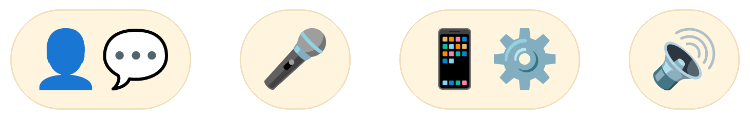
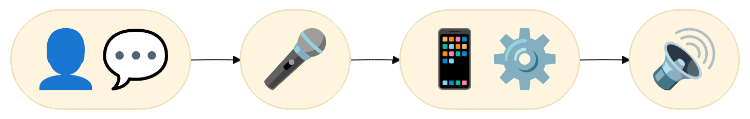
The diagram in README.md (IKE-B/voice-revive), drawn with Mermaid before and after one commit.

Commit message:
docs(README): remove unnecessary mermaid style

````diff
--- a/README.md
+++ b/README.md
@@ -24,18 +24,17 @@
 ```mermaid
 %%{
   init: {
     'theme': 'base',
     'themeVariables': {
-      'fontSize': '56px',
-      'background': '#000000'
+      'fontSize': '56px'
     }
   }
 }%%
 
   flowchart LR
   
     A([👤💬])
     A --> B([🎤])
     B --> C([📱⚙️])
     C --> D([🔊])
 ```
````
